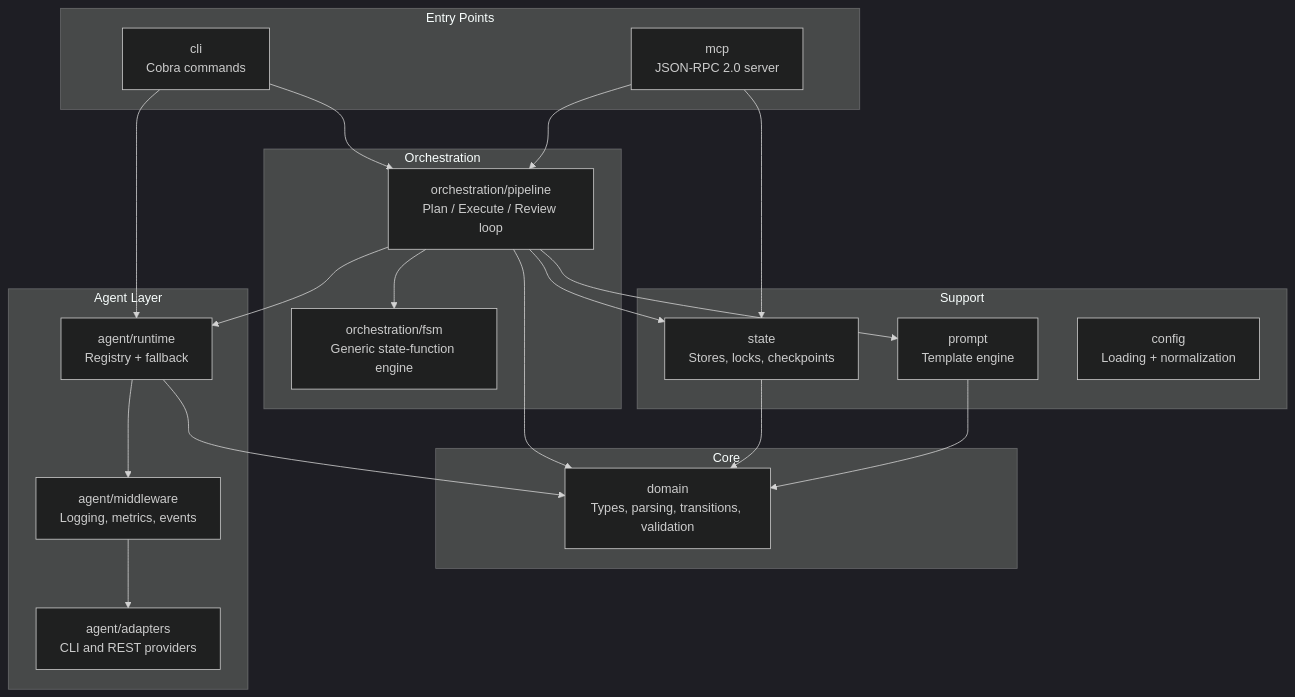
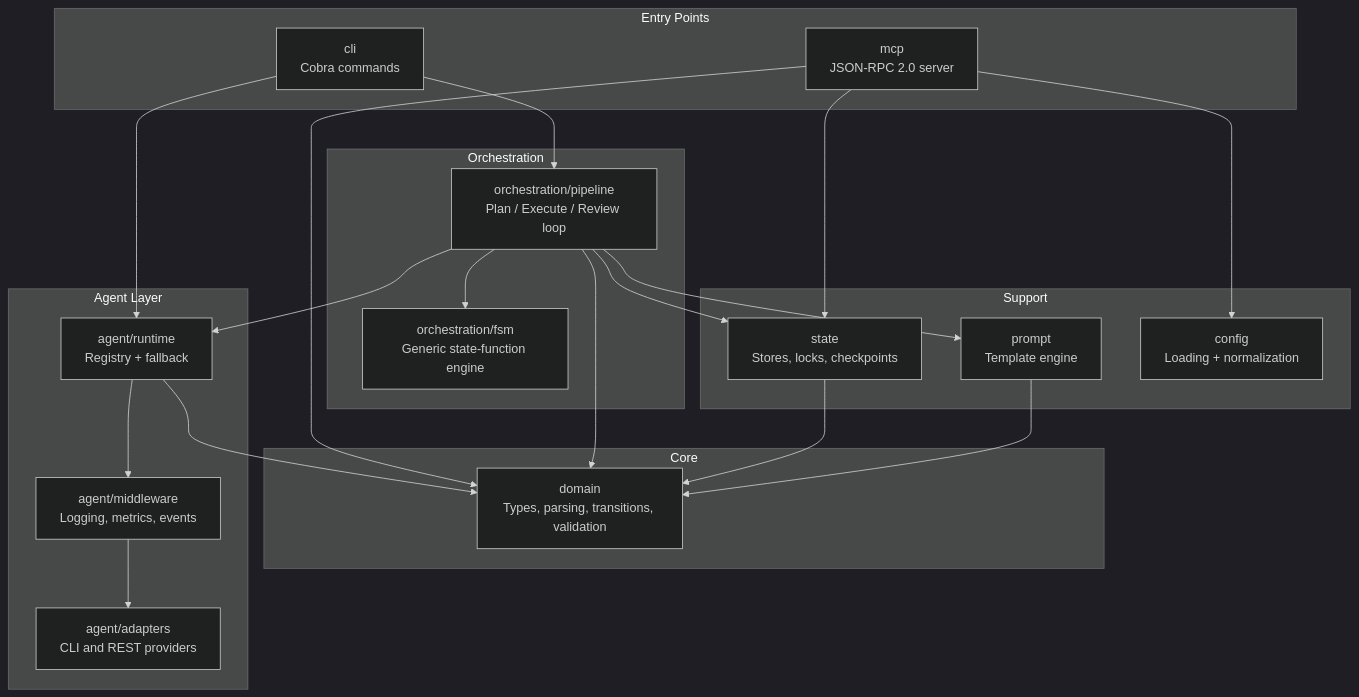
Before and after one commit to opus-domini/praetor: the first of 4 diagrams in docs/architecture.md, drawn with Mermaid. The commit also changed other lines of this file and 88 other files, not shown here.

````diff
--- a/docs/architecture.md
+++ b/docs/architecture.md
@@ -48,50 +48,51 @@
 ```mermaid
 ---
 config:
   theme: dark
 ---
 flowchart TD
     subgraph entrypoints ["Entry Points"]
         CLI["cli<br>Cobra commands"]
         MCP["mcp<br>JSON-RPC 2.0 server"]
     end
 
     subgraph core ["Core"]
         DOMAIN["domain<br>Types, parsing, transitions, validation"]
     end
 
     subgraph orchestration ["Orchestration"]
         PIPELINE["orchestration/pipeline<br>Plan / Execute / Review loop"]
         FSM["orchestration/fsm<br>Generic state-function engine"]
     end
 
     subgraph agent ["Agent Layer"]
         RUNTIME["agent/runtime<br>Registry + fallback"]
         ADAPTERS["agent/adapters<br>CLI and REST providers"]
         MIDDLEWARE["agent/middleware<br>Logging, metrics, events"]
     end
 
     subgraph support ["Support"]
         PROMPT["prompt<br>Template engine"]
         STATE["state<br>Stores, locks, checkpoints"]
         CONFIG["config<br>Loading + normalization"]
     end
 
     CLI --> PIPELINE
     CLI --> RUNTIME
-    MCP --> PIPELINE
     MCP --> STATE
+    MCP --> CONFIG
+    MCP --> DOMAIN
 
     PIPELINE --> FSM
     PIPELINE --> RUNTIME
     PIPELINE --> PROMPT
     PIPELINE --> STATE
 
     RUNTIME --> MIDDLEWARE
     MIDDLEWARE --> ADAPTERS
 
     PIPELINE --> DOMAIN
     RUNTIME --> DOMAIN
     STATE --> DOMAIN
     PROMPT --> DOMAIN
 ```
````
